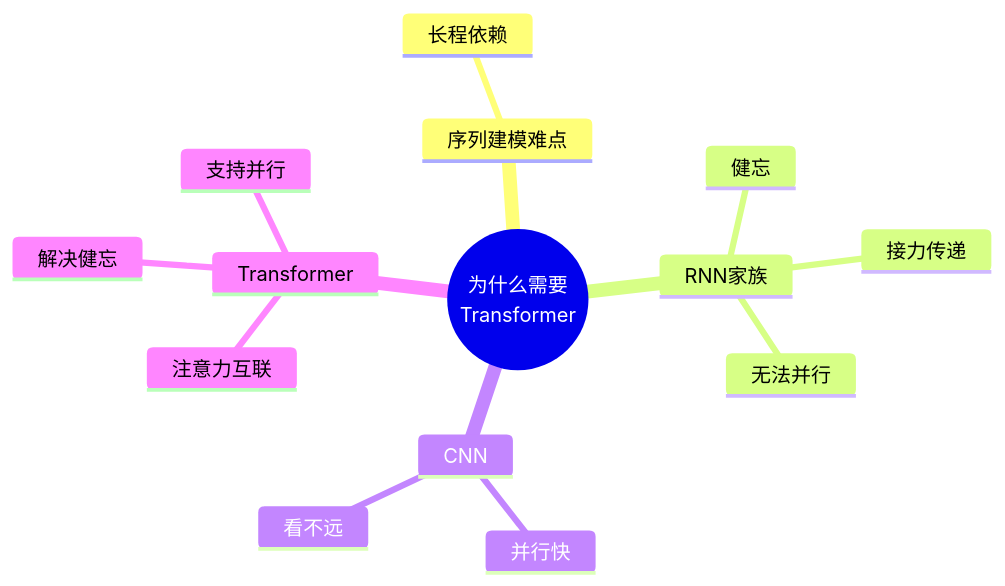
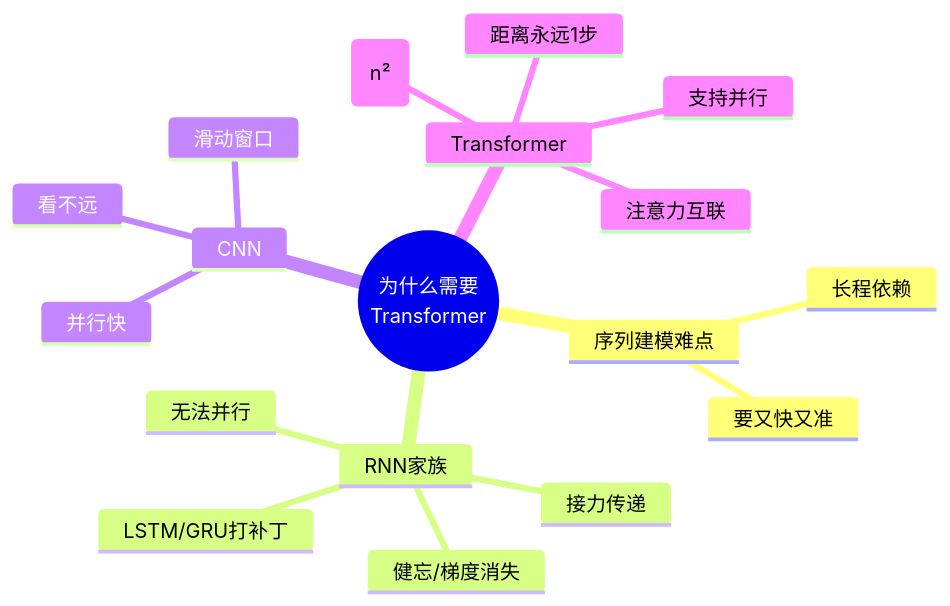
Diagram 14 of 14 in transformer-学习资料/第01章-为什么需要Transformer.md (zerioo1970/summary), drawn with Mermaid before and after one commit. The commit also changed other lines of this file and 6 other files, not shown here.

Commit message:
大幅扩写第1、2、8-12章:新增导览/数值示例/深入原理/FAQ/更多图解

````diff
--- a/transformer-学习资料/第01章-为什么需要Transformer.md
+++ b/transformer-学习资料/第01章-为什么需要Transformer.md
@@ -164,17 +331,21 @@
 ```mermaid
 mindmap
   root((为什么需要<br/>Transformer))
     序列建模难点
       长程依赖
+      要又快又准
     RNN家族
       接力传递
-      健忘
+      健忘/梯度消失
       无法并行
+      LSTM/GRU打补丁
     CNN
+      滑动窗口
       并行快
       看不远
     Transformer
       注意力互联
-      解决健忘
+      距离永远1步
       支持并行
+      代价:丢顺序+O(n²)
 ```
````
